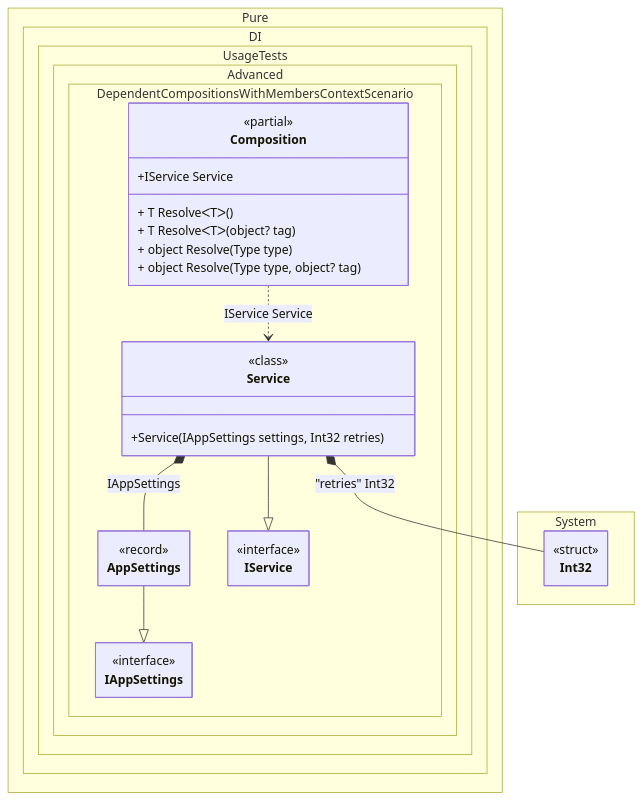
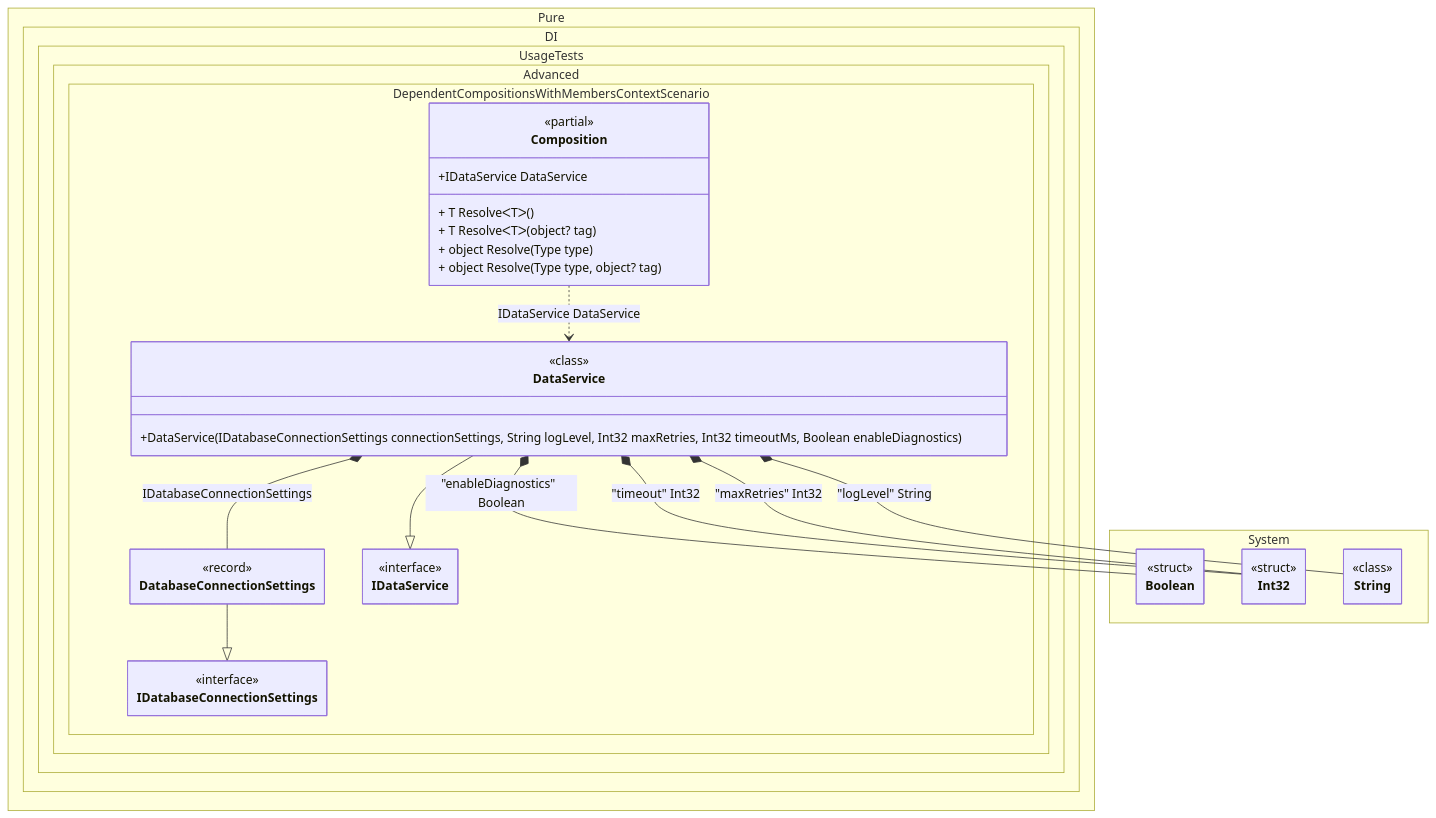
Before and after one commit to MaiKuraki/Pure.DI: the diagram in readme/dependent-compositions-with-setup-context-members.md, drawn with Mermaid. The commit also changed other lines of this file and 88 other files, not shown here.

````diff
--- a/readme/dependent-compositions-with-setup-context-members.md
+++ b/readme/dependent-compositions-with-setup-context-members.md
@@ -248,43 +316,52 @@
 ```mermaid
 ---
  config:
   maxTextSize: 2147483647
   maxEdges: 2147483647
   class:
    hideEmptyMembersBox: true
 ---
 classDiagram
-	AppSettings --|> IAppSettings
-	Service --|> IService
-	Composition ..> Service : IService Service
-	Service *--  AppSettings : IAppSettings
-	Service *--  Int32 : "retries"  Int32
+	DatabaseConnectionSettings --|> IDatabaseConnectionSettings
+	DataService --|> IDataService
+	Composition ..> DataService : IDataService DataService
+	DataService *--  DatabaseConnectionSettings : IDatabaseConnectionSettings
+	DataService *--  Boolean : "enableDiagnostics"  Boolean
+	DataService *--  Int32 : "timeout"  Int32
+	DataService *--  String : "logLevel"  String
+	DataService *--  Int32 : "maxRetries"  Int32
 	namespace Pure.DI.UsageTests.Advanced.DependentCompositionsWithMembersContextScenario {
-		class AppSettings {
-				<<record>>
-		}
 		class Composition {
 		<<partial>>
-		+IService Service
+		+IDataService DataService
 		+ T ResolveᐸTᐳ()
 		+ T ResolveᐸTᐳ(object? tag)
 		+ object Resolve(Type type)
 		+ object Resolve(Type type, object? tag)
 		}
-		class IAppSettings {
+		class DatabaseConnectionSettings {
+				<<record>>
+		}
+		class DataService {
+				<<class>>
+			+DataService(IDatabaseConnectionSettings connectionSettings, String logLevel, Int32 maxRetries, Int32 timeoutMs, Boolean enableDiagnostics)
+		}
+		class IDatabaseConnectionSettings {
 			<<interface>>
 		}
-		class IService {
+		class IDataService {
 			<<interface>>
-		}
-		class Service {
-				<<class>>
-			+Service(IAppSettings settings, Int32 retries)
 		}
 	}
 	namespace System {
+		class Boolean {
+				<<struct>>
+		}
 		class Int32 {
 				<<struct>>
 		}
+		class String {
+				<<class>>
+		}
 	}
 ```
````
